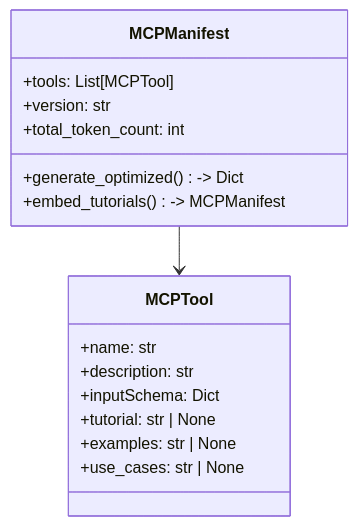
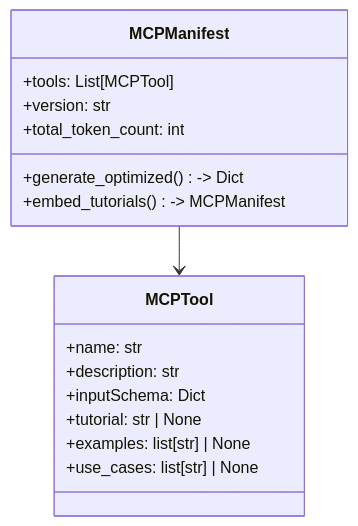
Before and after one commit to RimoVR/docsrs-mcp: diagram 49 of 53 in Architecture.md, drawn with Mermaid. The commit also changed other lines of this file and 8 other files, not shown here.

````diff
--- a/Architecture.md
+++ b/Architecture.md
@@ -4240,21 +4241,21 @@
 ```mermaid
 classDiagram
     class MCPTool {
         +name: str
         +description: str
         +inputSchema: Dict
         +tutorial: str | None
-        +examples: str | None
-        +use_cases: str | None
+        +examples: list[str] | None
+        +use_cases: list[str] | None
     }
     
     class MCPManifest {
         +tools: List[MCPTool]
         +version: str
         +total_token_count: int
         +generate_optimized() -> Dict
         +embed_tutorials() -> MCPManifest
     }
     
     MCPManifest --> MCPTool
 ```
````
